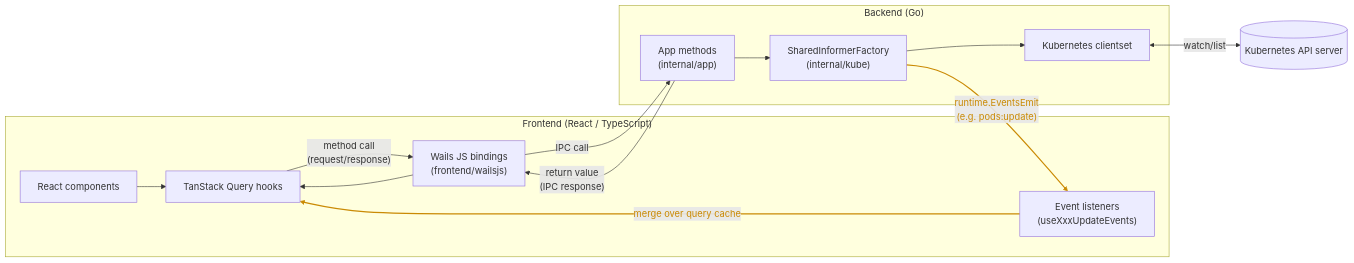
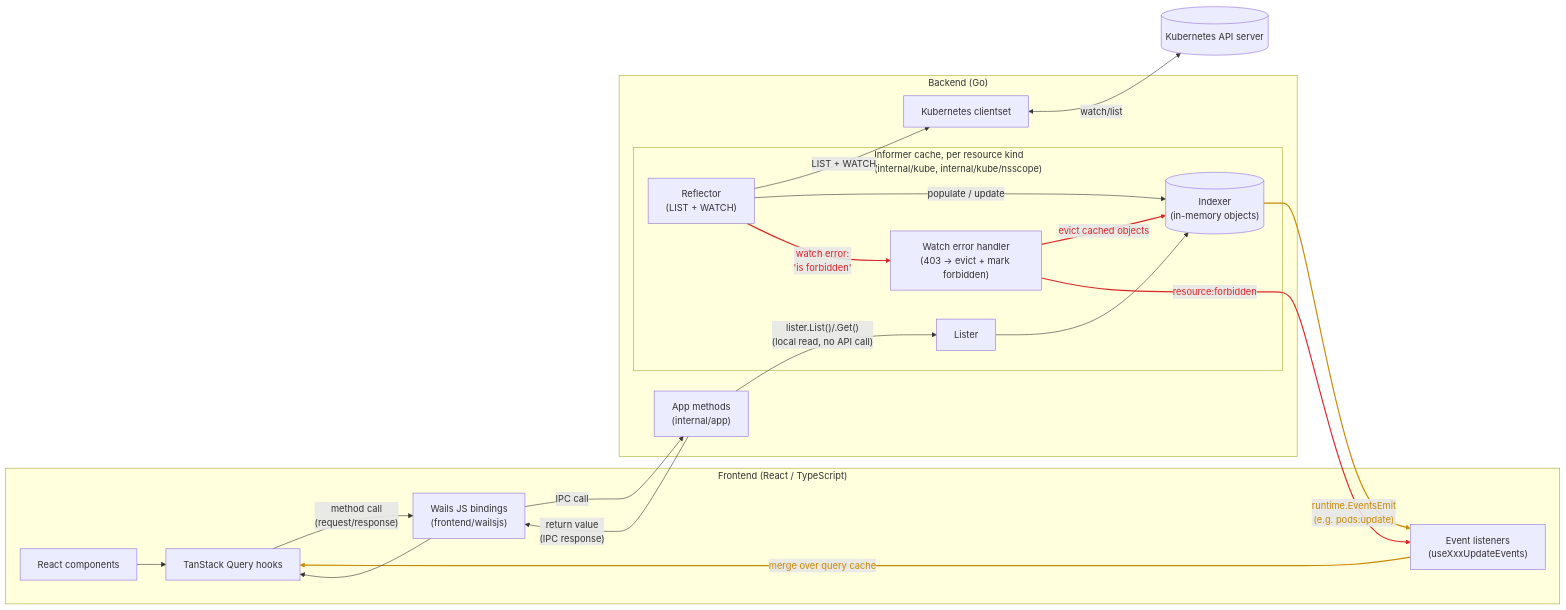
One commit to litelensapp/litelens changed the diagram in docs/architecture/architecture-light.mmd. Above: the diagram before and after it, drawn with Mermaid. The commit also changed 64 other files, not shown here.

First line of the commit message:
fix: evict informer cache when a resource becomes forbidden (#56)

```diff
--- a/docs/architecture/architecture-light.mmd
+++ b/docs/architecture/architecture-light.mmd
@@ -1,29 +1,39 @@
 flowchart LR
     subgraph FE["Frontend (React / TypeScript)"]
         UI["React components"]
         Hooks["TanStack Query hooks"]
         Bindings["Wails JS bindings\n(frontend/wailsjs)"]
         EventListeners["Event listeners\n(useXxxUpdateEvents)"]
     end
 
     subgraph BE["Backend (Go)"]
         AppMethods["App methods\n(internal/app)"]
-        Informers["SharedInformerFactory\n(internal/kube)"]
+        subgraph Cache["Informer cache, per resource kind\n(internal/kube, internal/kube/nsscope)"]
+            Lister["Lister"]
+            Indexer[("Indexer\n(in-memory objects)")]
+            Reflector["Reflector\n(LIST + WATCH)"]
+            Forbidden["Watch error handler\n(403 -> evict + mark forbidden)"]
+        end
         K8sClient["Kubernetes clientset"]
     end
 
     K8sAPI[("Kubernetes API server")]
 
     UI --> Hooks
     Hooks -->|"method call\n(request/response)"| Bindings
     Bindings -->|"IPC call"| AppMethods
-    AppMethods --> Informers
-    Informers --> K8sClient
+    AppMethods -->|"lister.List()/.Get()\n(local read, no API call)"| Lister
+    Lister --> Indexer
+    Reflector -->|"LIST + WATCH"| K8sClient
     K8sClient <-->|watch/list| K8sAPI
-
-    Informers -->|"runtime.EventsEmit\n(e.g. pods:update)"| EventListeners
+    Reflector -->|"populate / update"| Indexer
+    Reflector -->|"watch error:\n'is forbidden'"| Forbidden
+    Forbidden -->|"evict cached objects"| Indexer
+    Forbidden -->|"resource:forbidden"| EventListeners
+    Indexer -->|"runtime.EventsEmit\n(e.g. pods:update)"| EventListeners
     EventListeners -->|merge over query cache| Hooks
     AppMethods -->|"return value\n(IPC response)"| Bindings
     Bindings --> Hooks
 
-    linkStyle 6,7 stroke:#ca8a04,stroke-width:2px,color:#ca8a04
+    linkStyle 11,12 stroke:#ca8a04,stroke-width:2px,color:#ca8a04
+    linkStyle 8,9,10 stroke:#dc2626,stroke-width:2px,color:#dc2626
```
